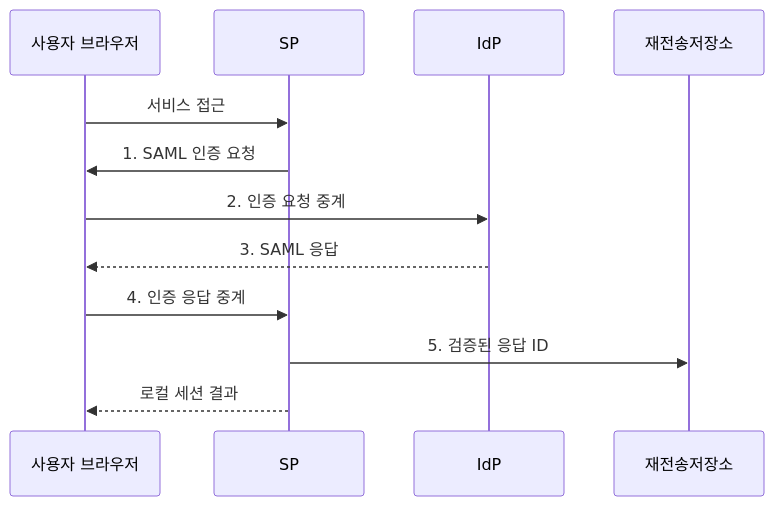
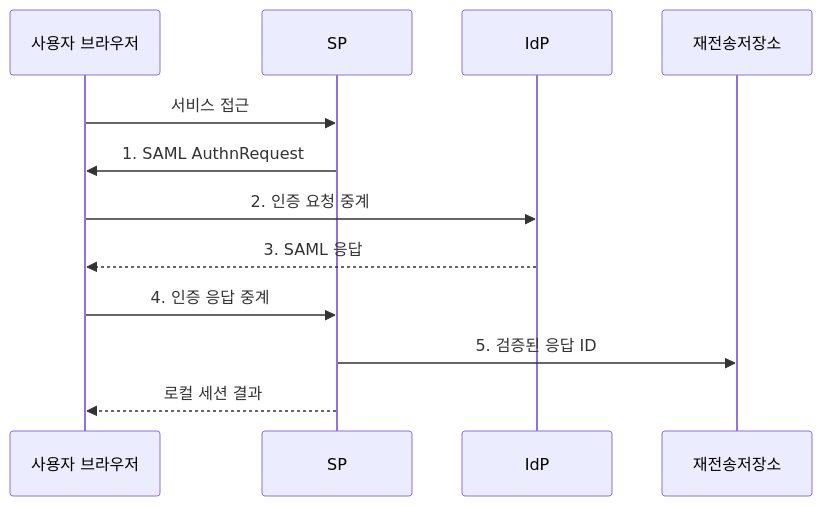
One commit to agnusdei1207/knowledge-base changed the second of 2 diagrams in src/content/docs/notes/05-security/058_saml.md. Above: the diagram before and after it, drawn with Mermaid. The commit also changed other lines of this file and 3 other files, not shown here.

````diff
--- a/src/content/docs/notes/05-security/058_saml.md
+++ b/src/content/docs/notes/05-security/058_saml.md
@@ -99,14 +100,14 @@
 ```mermaid
 sequenceDiagram
     participant U as 사용자 브라우저
     participant S as SP
     participant I as IdP
     participant 재전송저장소
     U->>S: 서비스 접근
-    S->>U: 1. SAML 인증 요청
+    S->>U: 1. SAML AuthnRequest
     U->>I: 2. 인증 요청 중계
     I-->>U: 3. SAML 응답
     U->>S: 4. 인증 응답 중계
     S->>재전송저장소: 5. 검증된 응답 ID
     S-->>U: 로컬 세션 결과
 ```
````
